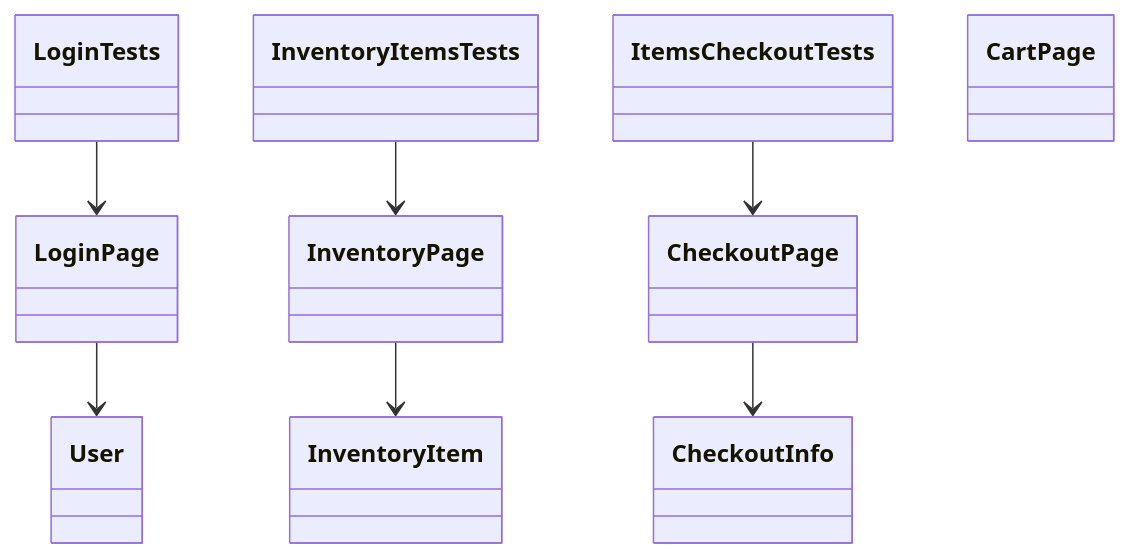
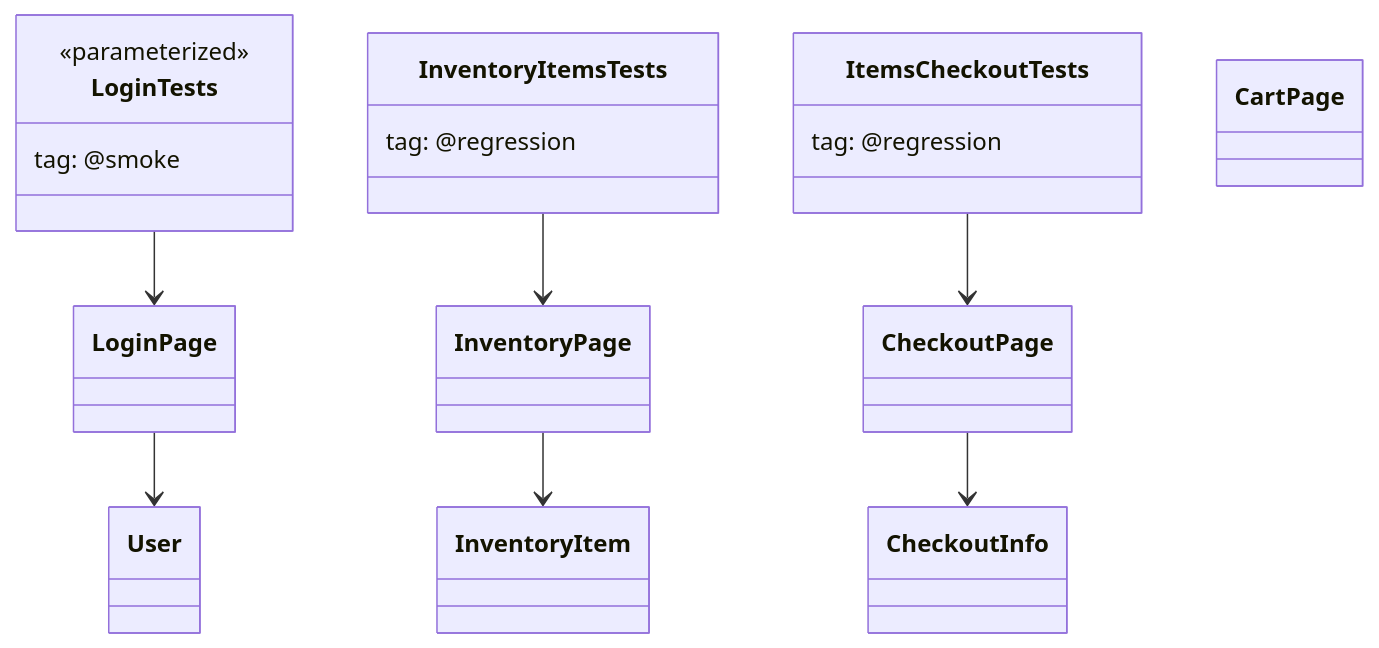
Before and after one commit to ravs788/playwrightpom: the second of 2 diagrams in test-flow-diagram.md, drawn with Mermaid. The commit also changed other lines of this file and 1 other file, not shown here.

````diff
--- a/test-flow-diagram.md
+++ b/test-flow-diagram.md
@@ -34,20 +46,27 @@
 ```mermaid
 classDiagram
-    class LoginTests { }
-    class InventoryItemsTests { }
-    class ItemsCheckoutTests { }
+    class LoginTests {
+      <<parameterized>>
+      tag: @smoke
+    }
+    class InventoryItemsTests {
+      tag: @regression
+    }
+    class ItemsCheckoutTests {
+      tag: @regression
+    }
     class LoginPage { }
     class InventoryPage { }
     class CartPage { }
     class CheckoutPage { }
     class User { }
     class InventoryItem { }
     class CheckoutInfo { }
 
     LoginTests --> LoginPage
     InventoryItemsTests --> InventoryPage
     ItemsCheckoutTests --> CheckoutPage
     LoginPage --> User
     InventoryPage --> InventoryItem
     CheckoutPage --> CheckoutInfo
 ```
````
